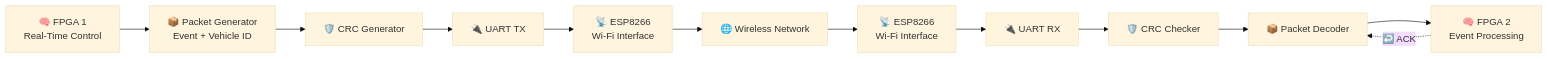
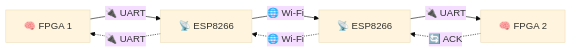
One commit to Shraddhadubey09/FPGA-Based-Real-Time-Industrial-Control-over-Wireless-Networks changed the first of 2 diagrams in README.md. Above: the diagram before and after it, drawn with Mermaid (base theme). The commit also changed other lines of this file, not shown here.

````diff
--- a/README.md
+++ b/README.md
@@ -68,28 +18,10 @@
 ```mermaid
 flowchart LR
+    A["🧠 FPGA 1"] -->|"🔌 UART"| B["📡 ESP8266"]
+    B -->|"🌐 Wi-Fi"| C["📡 ESP8266"]
+    C -->|"🔌 UART"| D["🧠 FPGA 2"]
 
-    A["🧠 FPGA 1<br/>Real-Time Control"]
-    B["📦 Packet Generator<br/>Event + Vehicle ID"]
-    C["🛡️ CRC Generator"]
-    D["🔌 UART TX"]
-    E["📡 ESP8266<br/>Wi-Fi Interface"]
-    F["🌐 Wireless Network"]
-    G["📡 ESP8266<br/>Wi-Fi Interface"]
-    H["🔌 UART RX"]
-    I["🛡️ CRC Checker"]
-    J["📦 Packet Decoder"]
-    K["🧠 FPGA 2<br/>Event Processing"]
-
-    A --> B
-    B --> C
-    C --> D
-    D --> E
-    E --> F
-    F --> G
-    G --> H
-    H --> I
-    I --> J
-    J --> K
-
-    K -. "↩️ ACK" .-> J
+    D -. "🔄 ACK" .-> C
+    C -. "🌐 Wi-Fi" .-> B
+    B -. "🔌 UART" .-> A
 ```
````
